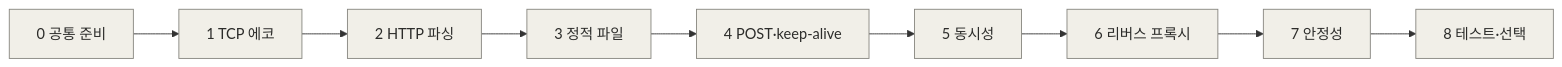
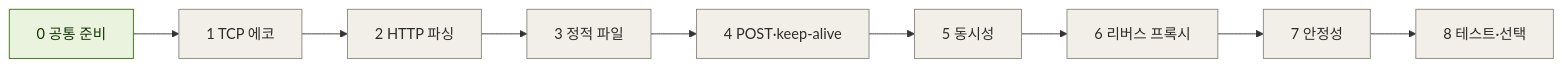
Before and after one commit to hnjee/mini-webserver: the diagram in docs/progress.md, drawn with Mermaid. The commit also changed other lines of this file and 28 other files, not shown here.

````diff
--- a/docs/progress.md
+++ b/docs/progress.md
@@ -7,11 +7,12 @@
 ```mermaid
 flowchart LR
     S0["0 공통 준비"] --> S1["1 TCP 에코"] --> S2["2 HTTP 파싱"] --> S3["3 정적 파일"] --> S4["4 POST·keep-alive"]
     S4 --> S5["5 동시성"] --> S6["6 리버스 프록시"] --> S7["7 안정성"] --> S8["8 테스트·선택"]
 
     classDef todo fill:#F1EFE8,stroke:#888780,color:#2C2C2A
     classDef doing fill:#E6F1FB,stroke:#185FA5,color:#042C53
     classDef done fill:#EAF3DE,stroke:#3B6D11,color:#173404
     classDef blocked fill:#FCEBEB,stroke:#A32D2D,color:#501313
-    class S0,S1,S2,S3,S4,S5,S6,S7,S8 todo
+    class S0 done
+    class S1,S2,S3,S4,S5,S6,S7,S8 todo
 ```
````
